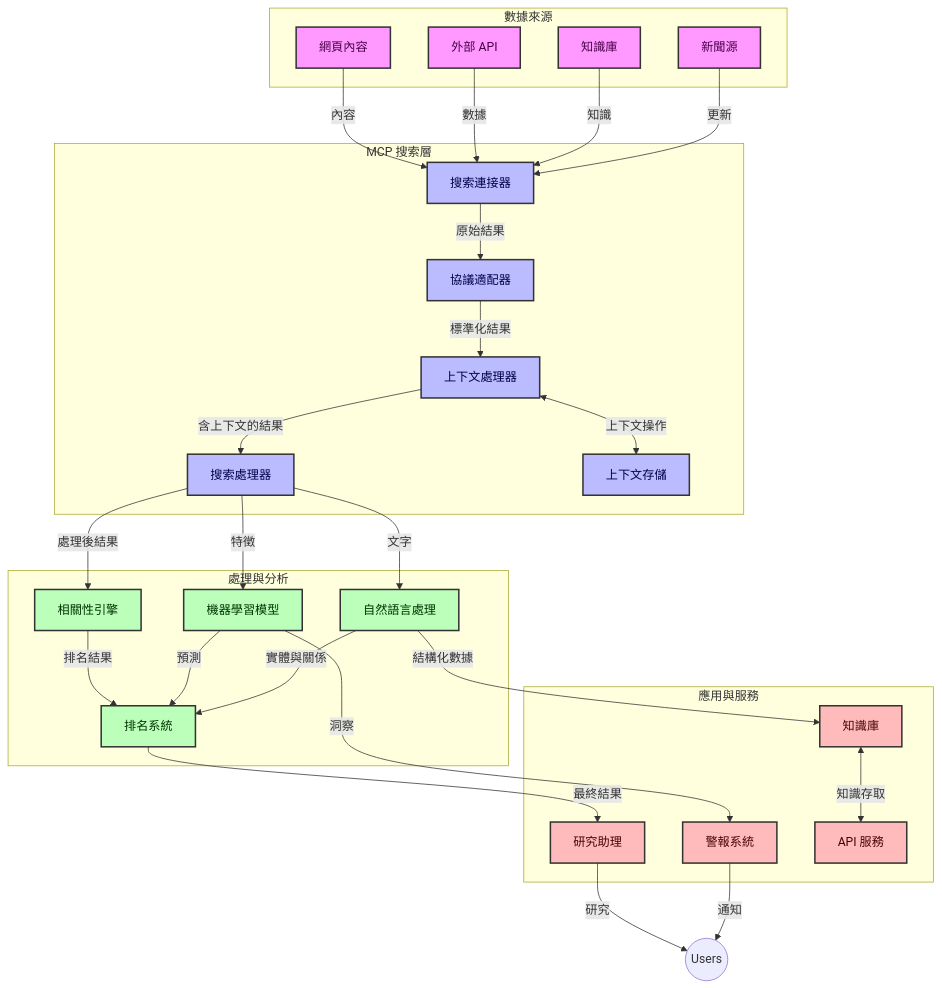
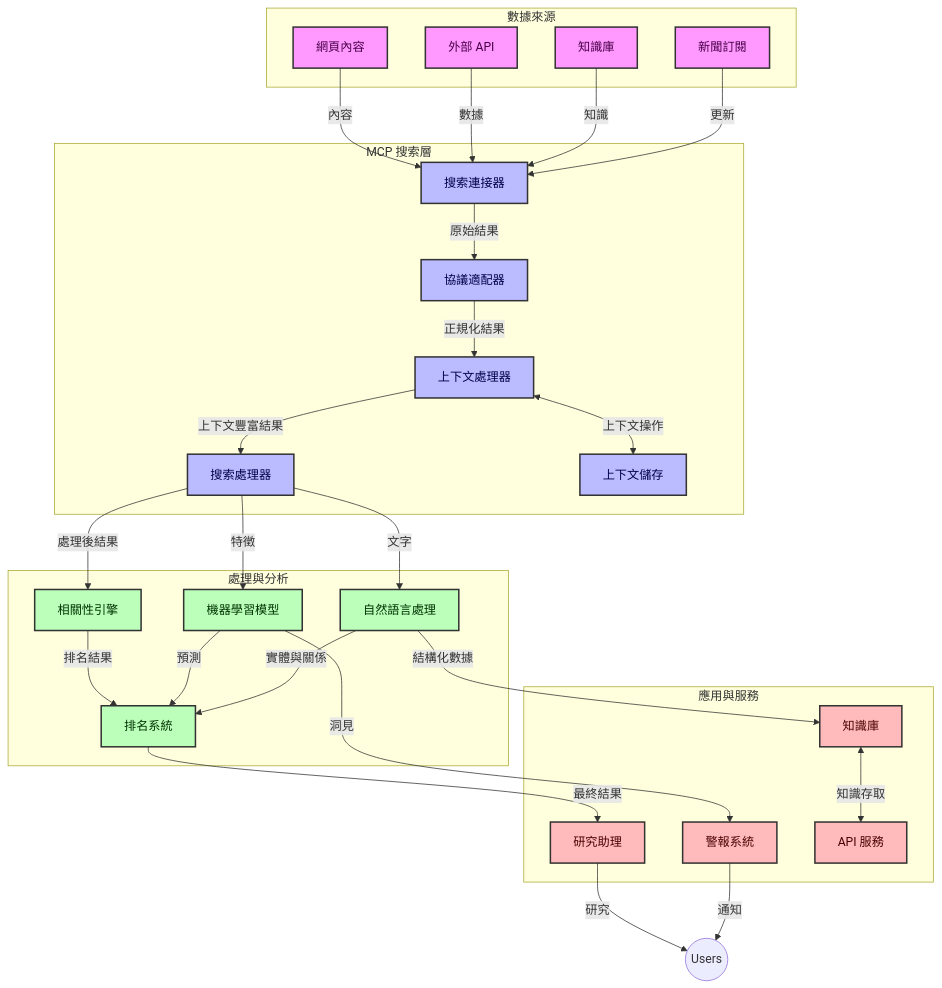
Before and after one commit to microsoft/mcp-for-beginners: the first of 4 diagrams in translations/zh-HK/05-AdvancedTopics/mcp-realtimesearch/README.md, drawn with Mermaid. The commit also changed other lines of this file and 103 other files, not shown here.

````diff
--- a/translations/zh-HK/05-AdvancedTopics/mcp-realtimesearch/README.md
+++ b/translations/zh-HK/05-AdvancedTopics/mcp-realtimesearch/README.md
@@ -109,66 +109,66 @@
 ```mermaid
 graph TD
     subgraph "數據來源"
         Web[網頁內容]
         APIs[外部 API]
         DB[知識庫]
-        News[新聞源]
+        News[新聞訂閱]
     end
 
     subgraph "MCP 搜索層"
         SC[搜索連接器]
         PA[協議適配器]
         CH[上下文處理器]
         SP[搜索處理器]
-        CS[上下文存儲]
+        CS[上下文儲存]
     end
 
     subgraph "處理與分析"
         RE[相關性引擎]
         ML[機器學習模型]
         NLP[自然語言處理]
         Rank[排名系統]
     end
 
     subgraph "應用與服務"
         RA[研究助理]
         Alerts[警報系統]
         KB[知識庫]
         API[API 服務]
     end
 
     Web -->|內容| SC
     APIs -->|數據| SC
     DB -->|知識| SC
     News -->|更新| SC
     
     SC -->|原始結果| PA
-    PA -->|標準化結果| CH
+    PA -->|正規化結果| CH
     CH <-->|上下文操作| CS
-    CH -->|含上下文的結果| SP
+    CH -->|上下文豐富結果| SP
     SP -->|處理後結果| RE
     SP -->|特徵| ML
     SP -->|文字| NLP
     
     RE -->|排名結果| Rank
     ML -->|預測| Rank
     NLP -->|實體與關係| Rank
     
     Rank -->|最終結果| RA
-    ML -->|洞察| Alerts
+    ML -->|洞見| Alerts
     NLP -->|結構化數據| KB
     
     RA -->|研究| Users((Users))
     Alerts -->|通知| Users
     KB <-->|知識存取| API
 
     classDef sources fill:#f9f,stroke:#333,stroke-width:2px,color:#4a004a
     classDef mcp fill:#bbf,stroke:#333,stroke-width:2px,color:#00004a
     classDef processing fill:#bfb,stroke:#333,stroke-width:2px,color:#003300
     classDef apps fill:#fbb,stroke:#333,stroke-width:2px,color:#4a0000
     
     class Web,APIs,DB,News sources
     class SC,PA,CH,SP,CS mcp
     class RE,ML,NLP,Rank processing
     class RA,Alerts,KB,API apps
 ```
````
